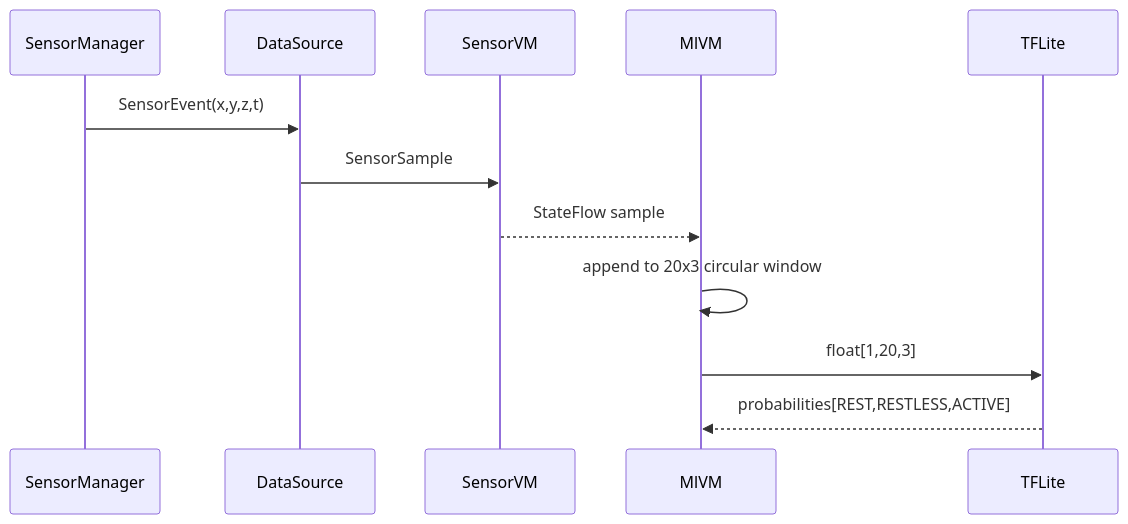
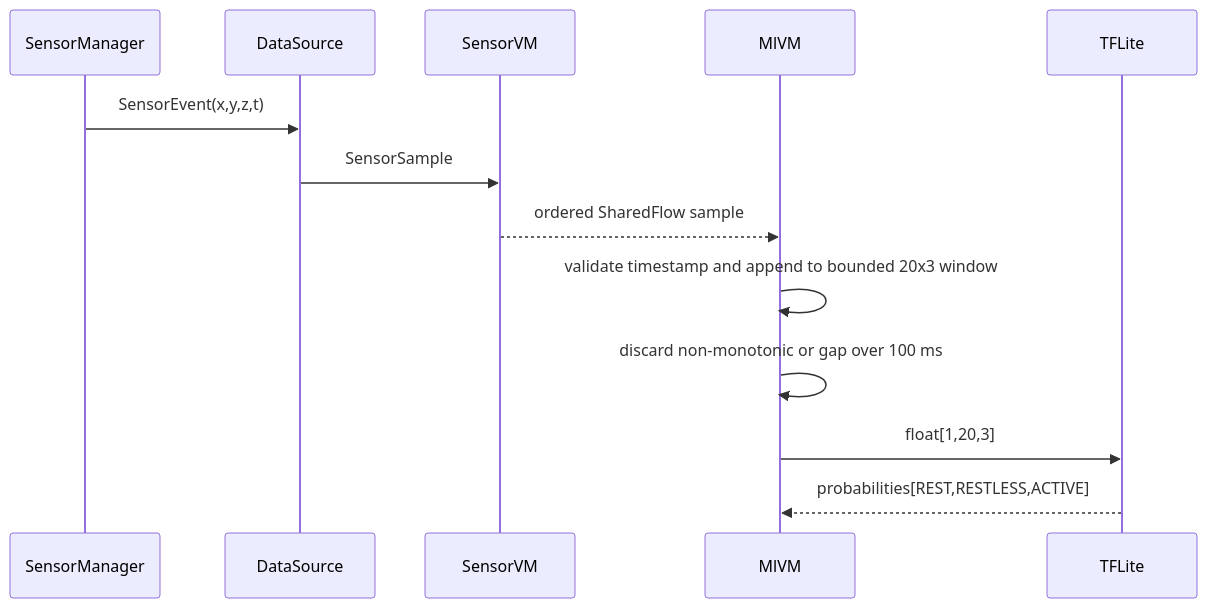
The diagram in docs/diagrams/lab7/02_sensor_ml.mmd (Eclipse-XS/SleepTrackerSimulator), drawn with Mermaid before and after one commit. The commit also changed 36 other files, not shown here.

```diff
--- a/docs/diagrams/lab7/02_sensor_ml.mmd
+++ b/docs/diagrams/lab7/02_sensor_ml.mmd
@@ -1,12 +1,13 @@
 sequenceDiagram
   participant SensorManager
   participant DataSource
   participant SensorVM
   participant MlVM
   participant TFLite
   SensorManager->>DataSource: SensorEvent(x,y,z,t)
   DataSource->>SensorVM: SensorSample
-  SensorVM-->>MlVM: StateFlow sample
-  MlVM->>MlVM: append to 20x3 circular window
+  SensorVM-->>MlVM: ordered SharedFlow sample
+  MlVM->>MlVM: validate timestamp and append to bounded 20x3 window
+  MlVM->>MlVM: discard non-monotonic or gap over 100 ms
   MlVM->>TFLite: float[1,20,3]
   TFLite-->>MlVM: probabilities[REST,RESTLESS,ACTIVE]
```
